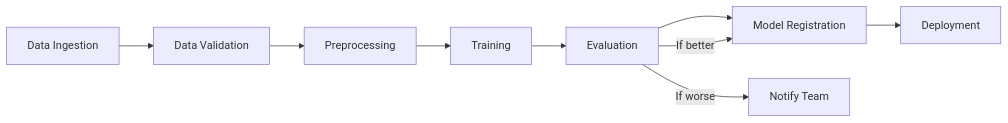
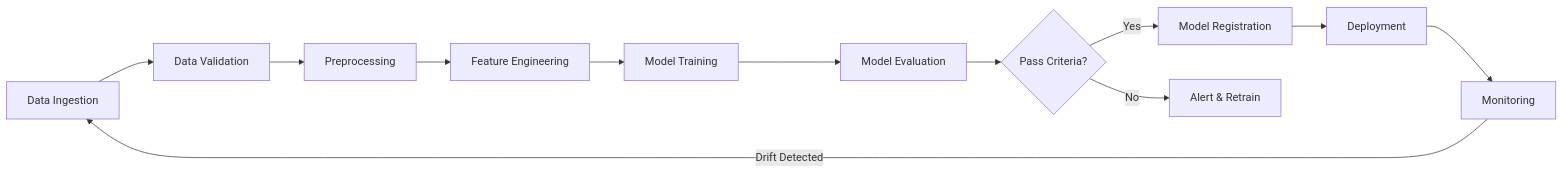
The first of 3 diagrams in src/ml/mlops/pipelines.md (vanos001/placement_prep), drawn with Mermaid before and after one commit. The commit also changed other lines of this file and 20 other files, not shown here.

````diff
--- a/src/ml/mlops/pipelines.md
+++ b/src/ml/mlops/pipelines.md
@@ -18,12 +9,14 @@
 ```mermaid
 graph LR
-    INGEST[Data Ingestion] --> VALIDATE[Data Validation]
-    VALIDATE --> PREPROCESS[Preprocessing]
-    PREPROCESS --> TRAIN[Training]
-    TRAIN --> EVAL[Evaluation]
-    EVAL --> REGISTER[Model Registration]
-    REGISTER --> DEPLOY[Deployment]
-    
-    EVAL -->|"If better"| REGISTER
-    EVAL -->|"If worse"| NOTIFY[Notify Team]
+    A[Data Ingestion] --> B[Data Validation]
+    B --> C[Preprocessing]
+    C --> D[Feature Engineering]
+    D --> E[Model Training]
+    E --> F[Model Evaluation]
+    F --> G{Pass Criteria?}
+    G -->|Yes| H[Model Registration]
+    G -->|No| I[Alert & Retrain]
+    H --> J[Deployment]
+    J --> K[Monitoring]
+    K -->|Drift Detected| A
 ```
````
